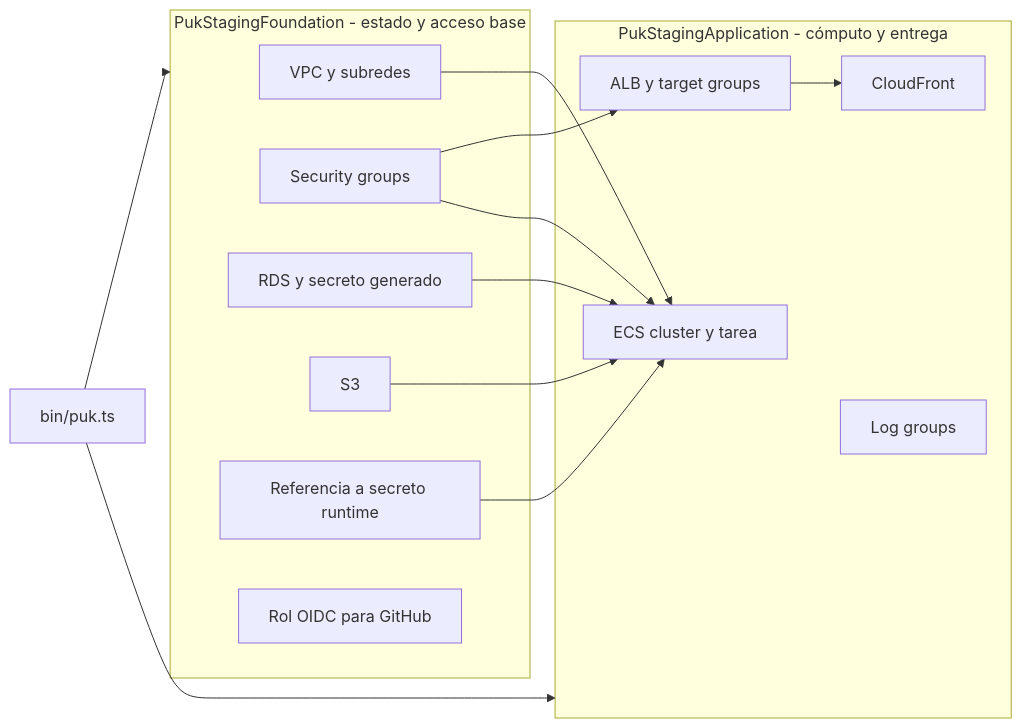
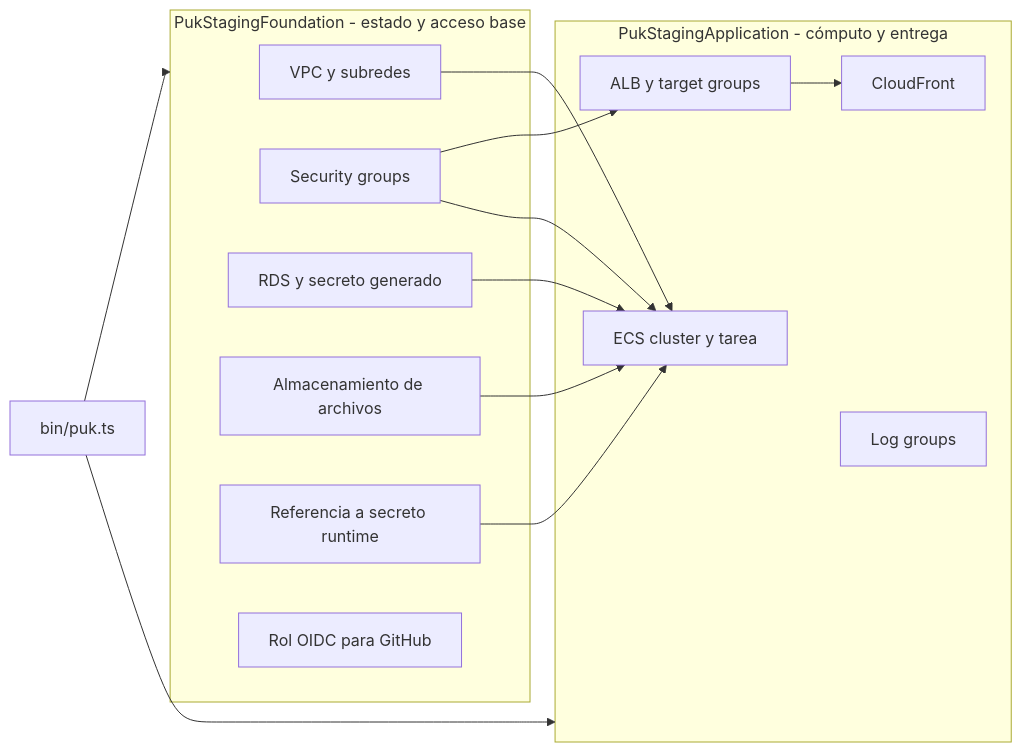
Before and after one commit to luistorres-idt/puk: the third of 5 diagrams in docs/technical/infrastructure-and-operations.md, drawn with Mermaid. The commit also changed other lines of this file and 14 other files, not shown here.

````diff
--- a/docs/technical/infrastructure-and-operations.md
+++ b/docs/technical/infrastructure-and-operations.md
@@ -160,30 +160,30 @@
 ```mermaid
 flowchart LR
     App[bin/puk.ts]
 
     subgraph Foundation[PukStagingFoundation - estado y acceso base]
         V[VPC y subredes]
         SG[Security groups]
         DB[RDS y secreto generado]
-        B[S3]
+        B[Almacenamiento de archivos]
         RS[Referencia a secreto runtime]
         Role[Rol OIDC para GitHub]
     end
 
     subgraph Application[PukStagingApplication - cómputo y entrega]
         C[ECS cluster y tarea]
         L[ALB y target groups]
         F[CloudFront]
         Logs[Log groups]
     end
 
     App --> Foundation
     App --> Application
     V --> C
     SG --> L
     SG --> C
     DB --> C
     B --> C
     RS --> C
     L --> F
 ```
````
